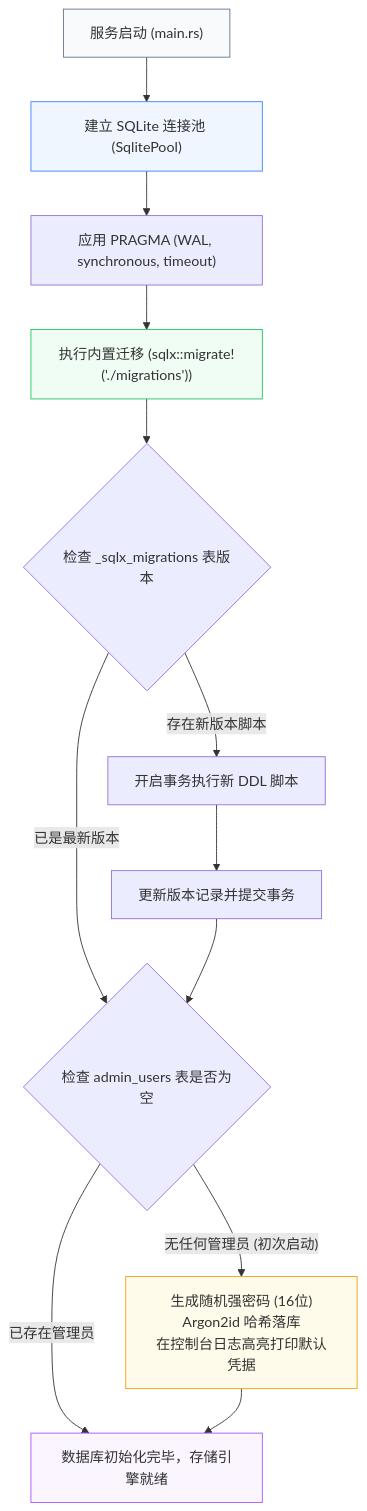
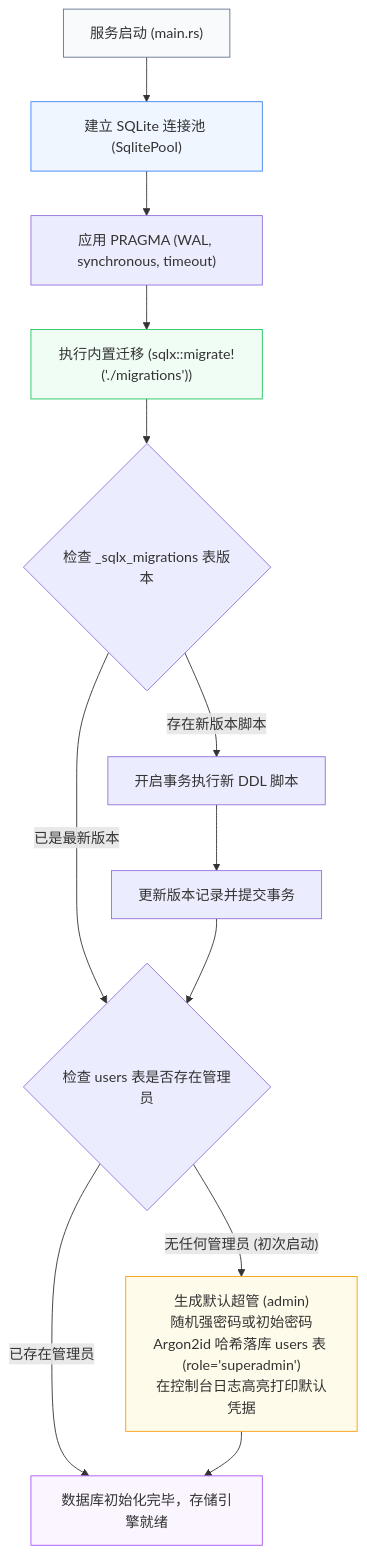
The third of 4 diagrams in docs/02-design/02-storage-and-models.md (fugui/rs-gate), drawn with Mermaid before and after one commit. The commit also changed other lines of this file and 4 other files, not shown here.

Commit message:
docs(design): refactor admin_users to users and support developer self-service model

````diff
--- a/docs/02-design/02-storage-and-models.md
+++ b/docs/02-design/02-storage-and-models.md
@@ -571,21 +600,21 @@
 ```mermaid
 graph TD
     Start["服务启动 (main.rs)"] --> ConnectDB["建立 SQLite 连接池 (SqlitePool)"]
     ConnectDB --> ApplyPragma["应用 PRAGMA (WAL, synchronous, timeout)"]
     ApplyPragma --> RunMigrate["执行内置迁移 (sqlx::migrate!('./migrations'))"]
     RunMigrate --> CheckVersion{"检查 _sqlx_migrations 表版本"}
     CheckVersion -->|"存在新版本脚本"| ExecDDL["开启事务执行新 DDL 脚本"]
     ExecDDL --> CommitVersion["更新版本记录并提交事务"]
-    CheckVersion -->|"已是最新版本"| CheckAdmin{"检查 admin_users 表是否为空"}
+    CheckVersion -->|"已是最新版本"| CheckAdmin{"检查 users 表是否存在管理员"}
     CommitVersion --> CheckAdmin
 
-    CheckAdmin -->|"无任何管理员 (初次启动)"| GenAdmin["生成随机强密码 (16位)<br>Argon2id 哈希落库<br>在控制台日志高亮打印默认凭据"]
+    CheckAdmin -->|"无任何管理员 (初次启动)"| GenAdmin["生成默认超管 (admin)<br>随机强密码或初始密码<br>Argon2id 哈希落库 users 表 (role='superadmin')<br>在控制台日志高亮打印默认凭据"]
     CheckAdmin -->|"已存在管理员"| Ready["数据库初始化完毕，存储引擎就绪"]
     GenAdmin --> Ready
 
     style Start fill:#f8fafc,stroke:#64748b
     style ConnectDB fill:#eff6ff,stroke:#3b82f6
     style RunMigrate fill:#f0fdf4,stroke:#22c55e
     style GenAdmin fill:#fffbeb,stroke:#f59e0b
     style Ready fill:#faf5ff,stroke:#a855f7
 ```
````
